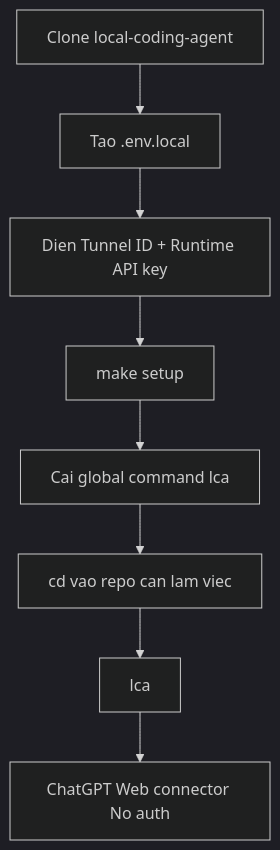
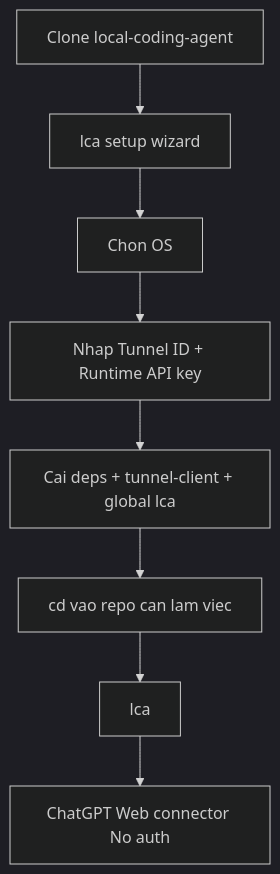
Before and after one commit to luongduy2798/local-coding-agent: the diagram in docs/AI_AGENT_SETUP_PROMPT.md, drawn with Mermaid (dark theme). The commit also changed other lines of this file and 30 other files, not shown here.

````diff
--- a/docs/AI_AGENT_SETUP_PROMPT.md
+++ b/docs/AI_AGENT_SETUP_PROMPT.md
@@ -45,10 +42,10 @@
 ```mermaid
 flowchart TD
-  A["Clone local-coding-agent"] --> B["Tao .env.local"]
-  B --> C["Dien Tunnel ID + Runtime API key"]
-  C --> D["make setup"]
-  D --> E["Cai global command lca"]
+  A["Clone local-coding-agent"] --> B["lca setup wizard"]
+  B --> C["Chon OS"]
+  C --> D["Nhap Tunnel ID + Runtime API key"]
+  D --> E["Cai deps + tunnel-client + global lca"]
   E --> F["cd vao repo can lam viec"]
   F --> G["lca"]
   G --> H["ChatGPT Web connector No auth"]
 ```
````
